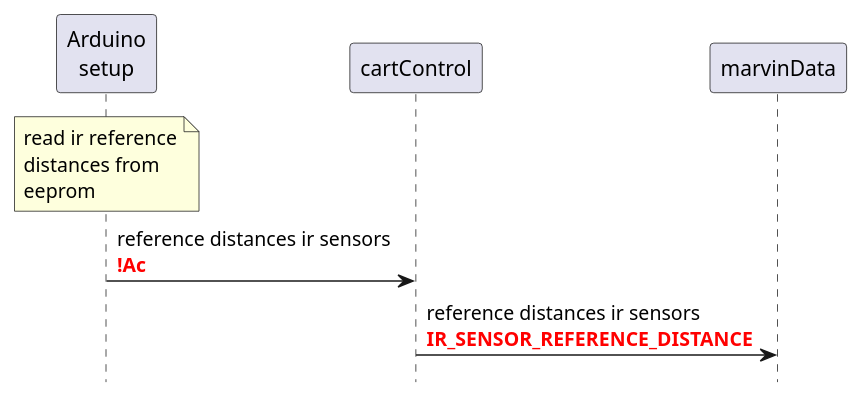
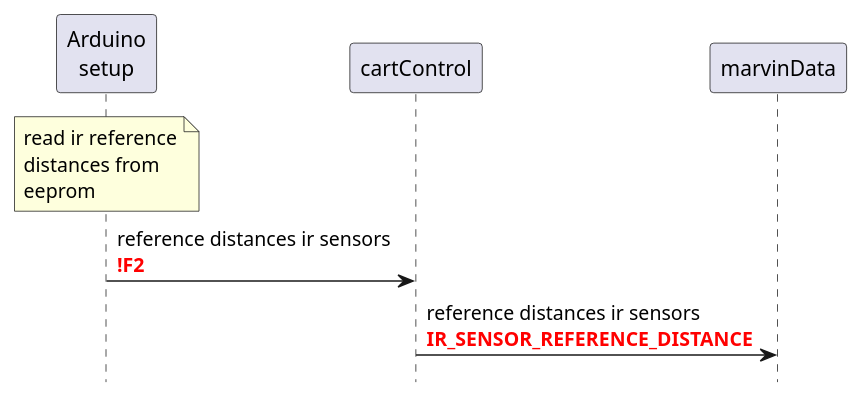
One commit to FNREnterprises/cartControl changed the first of 3 diagrams in README.md. Above: the diagram before and after it, drawn with PlantUML. The commit also changed other lines of this file and 12 other files, not shown here.

`````diff
--- a/README.md
+++ b/README.md
@@ -41,17 +41,17 @@
 ```puml
 @startuml
     hide footbox
     participant "Arduino\nsetup" as setup
     
     note over setup
     read ir reference
     distances from
     eeprom
     end note
     
-    setup -> cartControl : reference distances ir sensors\n<font color=red><b>!Ac
+    setup -> cartControl : reference distances ir sensors\n<font color=red><b>!F2
         
     cartControl -> marvinData : reference distances ir sensors\n<font color=red><b>IR_SENSOR_REFERENCE_DISTANCE
     
 @enduml
 ````
`````
